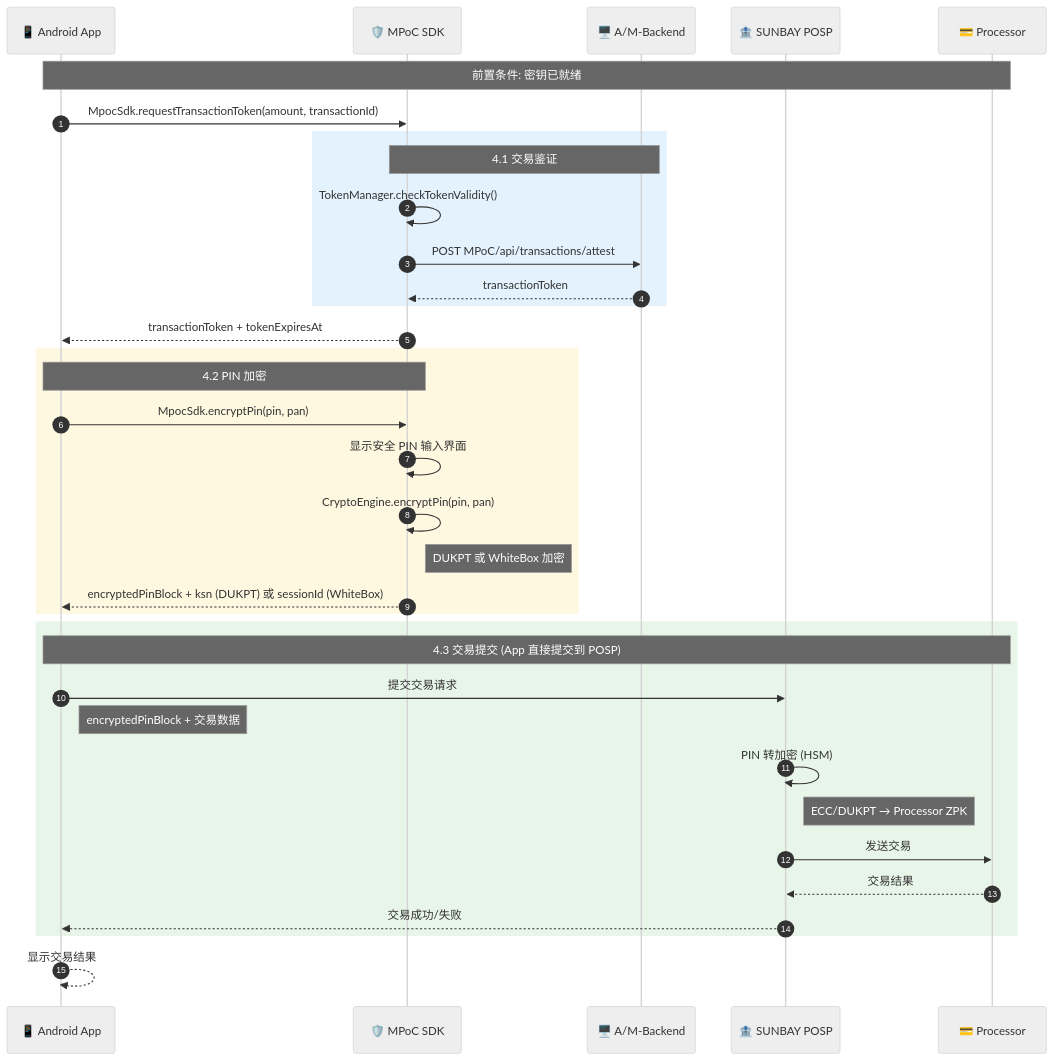
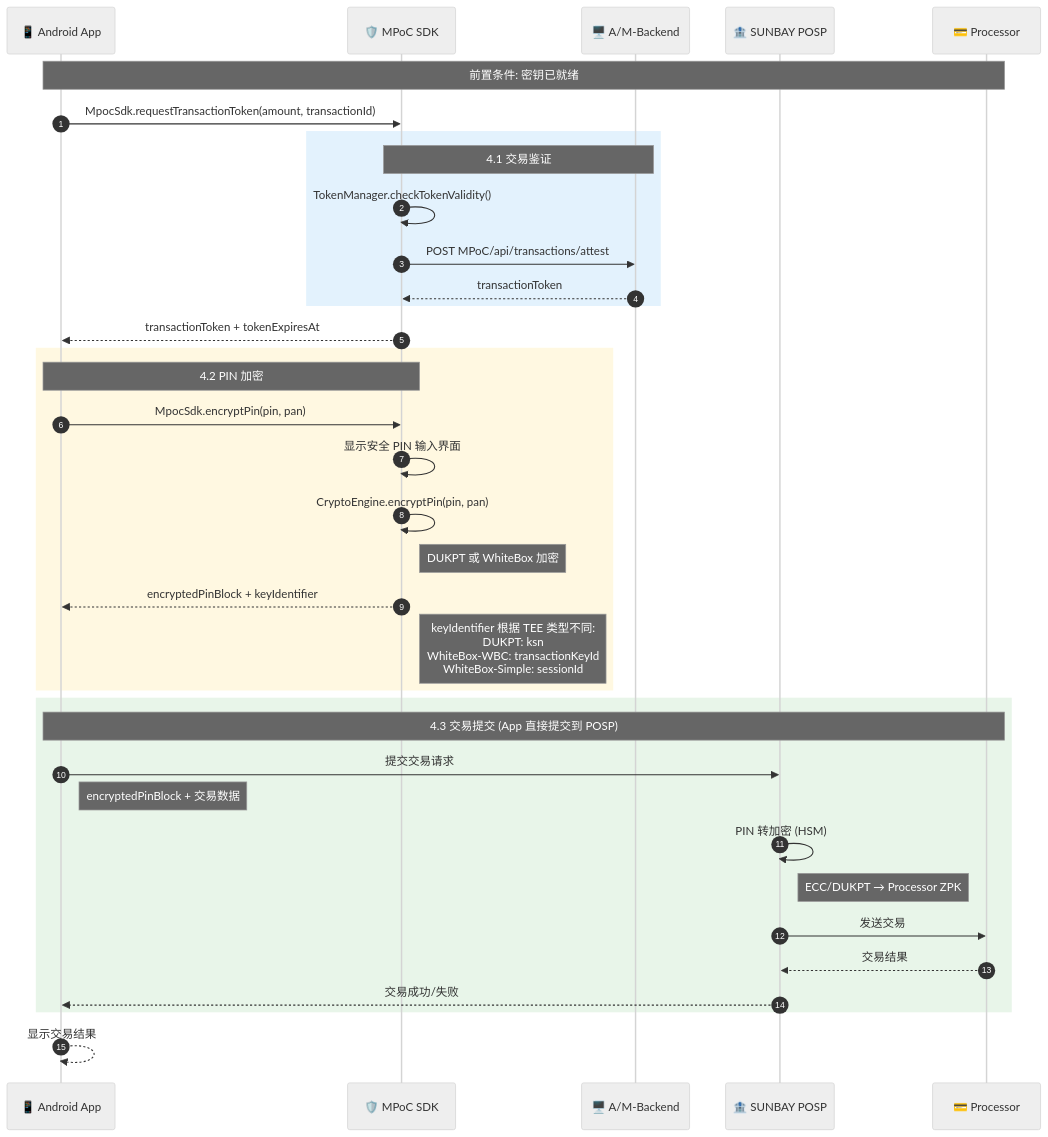
Diagram 16 of 21 in solution/MPOC_SDK_API_GUIDE.md (kevinwangl/sunbay-softpos-docs), drawn with Mermaid (neutral theme) before and after one commit. The commit also changed other lines of this file, not shown here.

````diff
--- a/solution/MPOC_SDK_API_GUIDE.md
+++ b/solution/MPOC_SDK_API_GUIDE.md
@@ -1366,45 +1461,46 @@
 ```mermaid
 sequenceDiagram
     autonumber
     participant App as 📱 Android App
     participant SDK as 🛡️ MPoC SDK
     participant Backend as 🖥️ A/M-Backend
     participant POSP as 🏦 SUNBAY POSP
     participant Processor as 💳 Processor
 
     Note over App,Processor: 前置条件: 密钥已就绪
     
     App->>SDK: MpocSdk.requestTransactionToken(amount, transactionId)
     
     rect rgb(227, 242, 253)
         Note over SDK,Backend: 4.1 交易鉴证
         SDK->>SDK: TokenManager.checkTokenValidity()
         SDK->>Backend: POST MPoC/api/transactions/attest
         Backend-->>SDK: transactionToken
     end
     
     SDK-->>App: transactionToken + tokenExpiresAt
     
     rect rgb(255, 248, 225)
         Note over App,SDK: 4.2 PIN 加密
         App->>SDK: MpocSdk.encryptPin(pin, pan)
         SDK->>SDK: 显示安全 PIN 输入界面
         SDK->>SDK: CryptoEngine.encryptPin(pin, pan)
         Note right of SDK: DUKPT 或 WhiteBox 加密
-        SDK-->>App: encryptedPinBlock + ksn (DUKPT) 或 sessionId (WhiteBox)
+        SDK-->>App: encryptedPinBlock + keyIdentifier
+        Note right of SDK: keyIdentifier 根据 TEE 类型不同:<br/>DUKPT: ksn<br/>WhiteBox-WBC: transactionKeyId<br/>WhiteBox-Simple: sessionId
     end
     
     rect rgb(232, 245, 233)
         Note over App,Processor: 4.3 交易提交 (App 直接提交到 POSP)
         App->>POSP: 提交交易请求
         Note right of App: encryptedPinBlock + 交易数据
         
         POSP->>POSP: PIN 转加密 (HSM)
         Note right of POSP: ECC/DUKPT → Processor ZPK
         POSP->>Processor: 发送交易
         Processor-->>POSP: 交易结果
         POSP-->>App: 交易成功/失败
     end
     
     App-->>App: 显示交易结果
 ```
````
